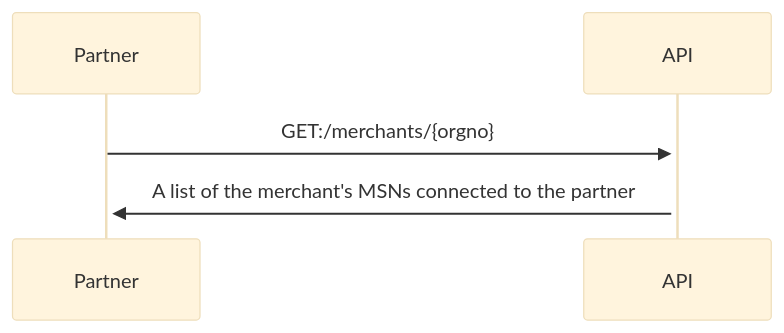
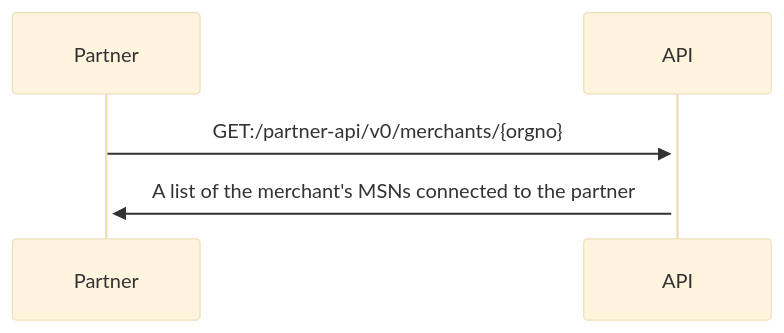
Before and after one commit to vippsas/vipps-partner-api: the first of 3 diagrams in vipps-partner-api.md, drawn with Mermaid (base theme). The commit also changed other lines of this file and 2 other files, not shown here.

Commit message:
Update endpoint html paths to show whole name (including partner-api and version)

````diff
--- a/vipps-partner-api.md
+++ b/vipps-partner-api.md
@@ -86,5 +76,5 @@
 ```mermaid
 sequenceDiagram
-    Partner->>+API: GET:/merchants/{orgno}
+    Partner->>+API: GET:/partner-api/v0/merchants/{orgno}
     API->>+Partner: A list of the merchant's MSNs connected to the partner
 ```
````
